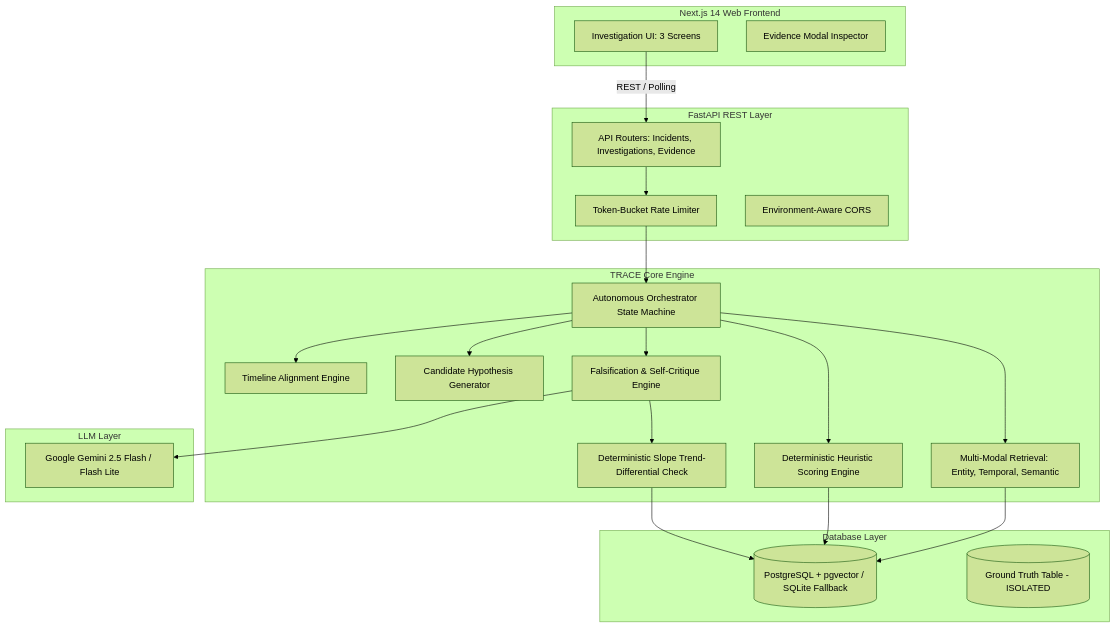
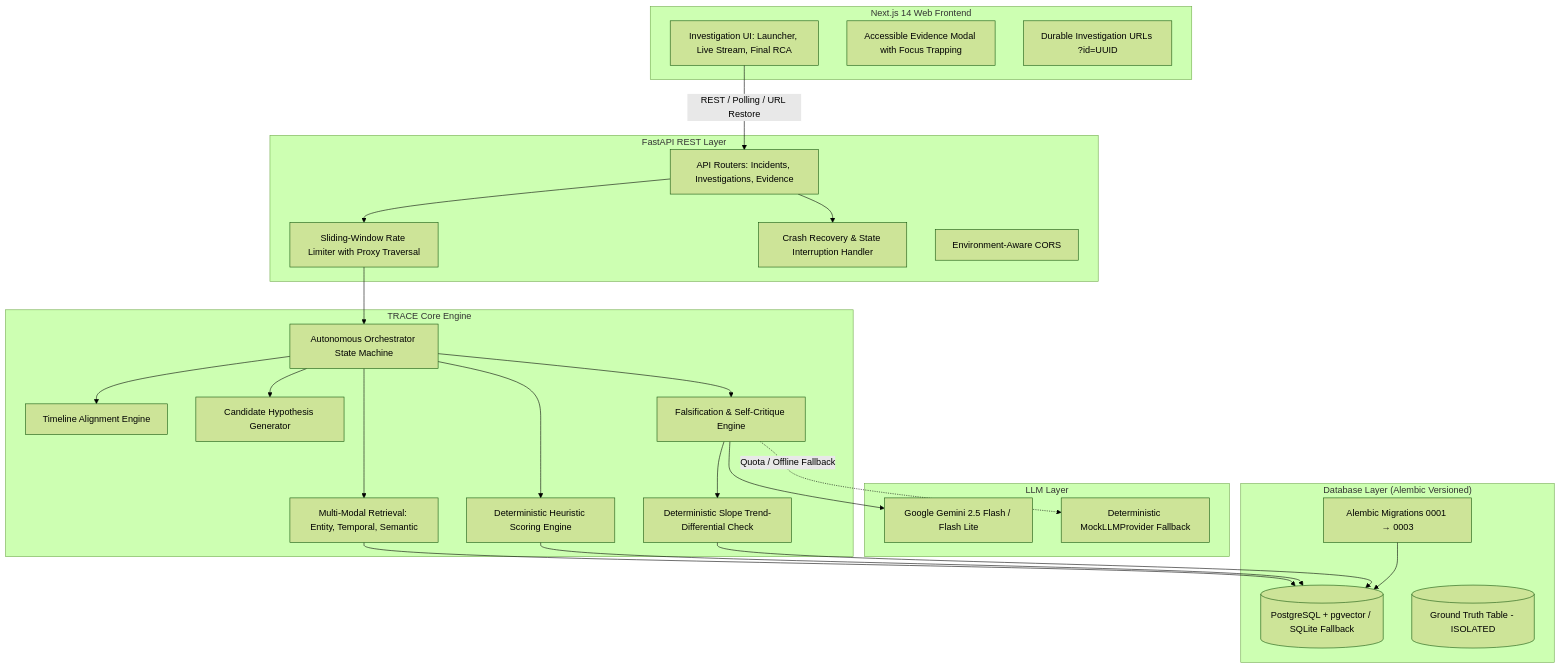
Before and after one commit to rakeshkumar0804/trace-rca-engine: the diagram in README.md, drawn with Mermaid (forest theme). The commit also changed other lines of this file, not shown here.

Commit message:
docs: update README with full Phase 1-4 architecture, provider transparency, and migration guide

````diff
--- a/README.md
+++ b/README.md
@@ -46,46 +49,53 @@
 ```mermaid
 flowchart TD
     subgraph Client ["Next.js 14 Web Frontend"]
-        UI[Investigation UI: 3 Screens]
-        Modal[Evidence Modal Inspector]
+        UI[Investigation UI: Launcher, Live Stream, Final RCA]
+        Modal[Accessible Evidence Modal with Focus Trapping]
+        ShareURL[Durable Investigation URLs ?id=UUID]
     end
 
     subgraph API ["FastAPI REST Layer"]
         Router[API Routers: Incidents, Investigations, Evidence]
-        RateLimit[Token-Bucket Rate Limiter]
+        RateLimit[Sliding-Window Rate Limiter with Proxy Traversal]
+        Recovery[Crash Recovery & State Interruption Handler]
         CORS[Environment-Aware CORS]
     end
 
     subgraph Core ["TRACE Core Engine"]
         Orchestrator[Autonomous Orchestrator State Machine]
         TimelineEngine[Timeline Alignment Engine]
         RetrievalEngine[Multi-Modal Retrieval: Entity, Temporal, Semantic]
         HypothesisEngine[Candidate Hypothesis Generator]
         ScoringEngine[Deterministic Heuristic Scoring Engine]
         FalsificationEngine[Falsification & Self-Critique Engine]
         TrendCheck[Deterministic Slope Trend-Differential Check]
     end
 
     subgraph Intelligence ["LLM Layer"]
         Gemini[Google Gemini 2.5 Flash / Flash Lite]
+        MockLLM[Deterministic MockLLMProvider Fallback]
     end
 
-    subgraph Storage ["Database Layer"]
+    subgraph Storage ["Database Layer (Alembic Versioned)"]
         DB[(PostgreSQL + pgvector / SQLite Fallback)]
         GT[(Ground Truth Table - ISOLATED)]
+        Migrations[Alembic Migrations 0001 → 0003]
     end
 
-    UI -->|REST / Polling| Router
+    UI -->|REST / Polling / URL Restore| Router
     Router --> RateLimit
+    Router --> Recovery
     RateLimit --> Orchestrator
     Orchestrator --> TimelineEngine
     Orchestrator --> RetrievalEngine
     Orchestrator --> HypothesisEngine
     Orchestrator --> ScoringEngine
     Orchestrator --> FalsificationEngine
     FalsificationEngine --> TrendCheck
     FalsificationEngine --> Gemini
+    FalsificationEngine -.->|Quota / Offline Fallback| MockLLM
     RetrievalEngine --> DB
     ScoringEngine --> DB
     TrendCheck --> DB
+    Migrations --> DB
 ```
````
